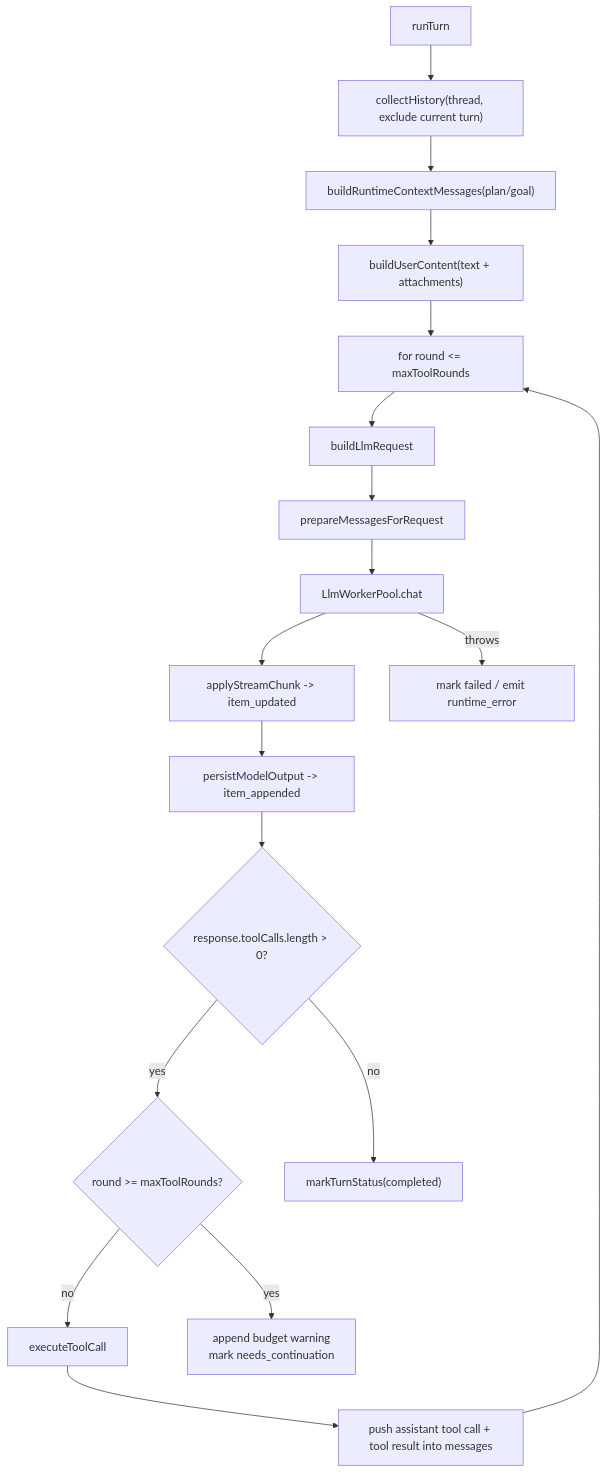
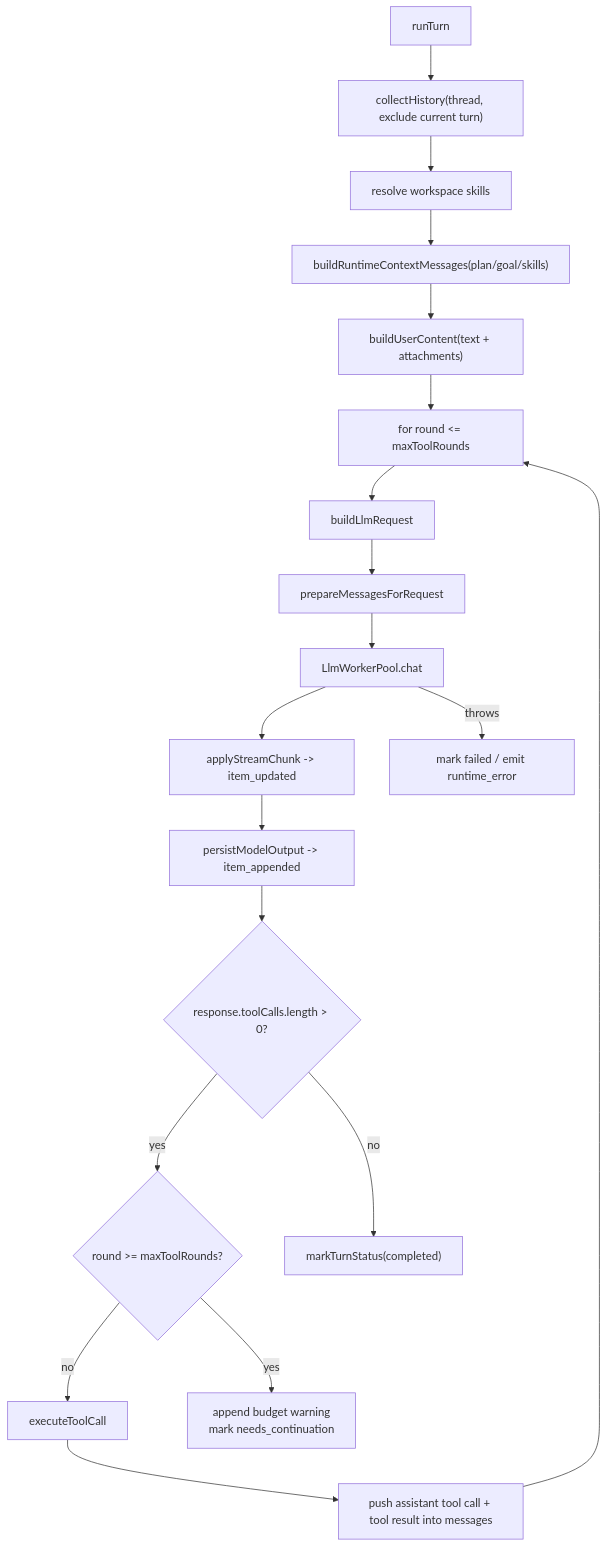
The third of 7 diagrams in docs/runtime-flow.md (dp-sudo/agent-pyramid-desktop), drawn with Mermaid before and after one commit. The commit also changed other lines of this file and 42 other files, not shown here.

````diff
--- a/docs/runtime-flow.md
+++ b/docs/runtime-flow.md
@@ -162,28 +164,29 @@
 ```mermaid
 flowchart TD
   Start["runTurn"]
   History["collectHistory(thread, exclude current turn)"]
-  Context["buildRuntimeContextMessages(plan/goal)"]
+  Skills["resolve workspace skills"]
+  Context["buildRuntimeContextMessages(plan/goal/skills)"]
   User["buildUserContent(text + attachments)"]
   Loop["for round <= maxToolRounds"]
   BuildReq["buildLlmRequest"]
   Compact["prepareMessagesForRequest"]
   Chat["LlmWorkerPool.chat"]
   Stream["applyStreamChunk -> item_updated"]
   Persist["persistModelOutput -> item_appended"]
   ToolCheck{"response.toolCalls.length > 0?"}
   Budget{"round >= maxToolRounds?"}
   Execute["executeToolCall"]
   PushTool["push assistant tool call + tool result into messages"]
   Complete["markTurnStatus(completed)"]
   NeedsContinuation["append budget warning\nmark needs_continuation"]
   Failed["mark failed / emit runtime_error"]
 
-  Start --> History --> Context --> User --> Loop
+  Start --> History --> Skills --> Context --> User --> Loop
   Loop --> BuildReq --> Compact --> Chat --> Stream --> Persist --> ToolCheck
   ToolCheck -- "no" --> Complete
   ToolCheck -- "yes" --> Budget
   Budget -- "yes" --> NeedsContinuation
   Budget -- "no" --> Execute --> PushTool --> Loop
   Chat -- "throws" --> Failed
 ```
````
